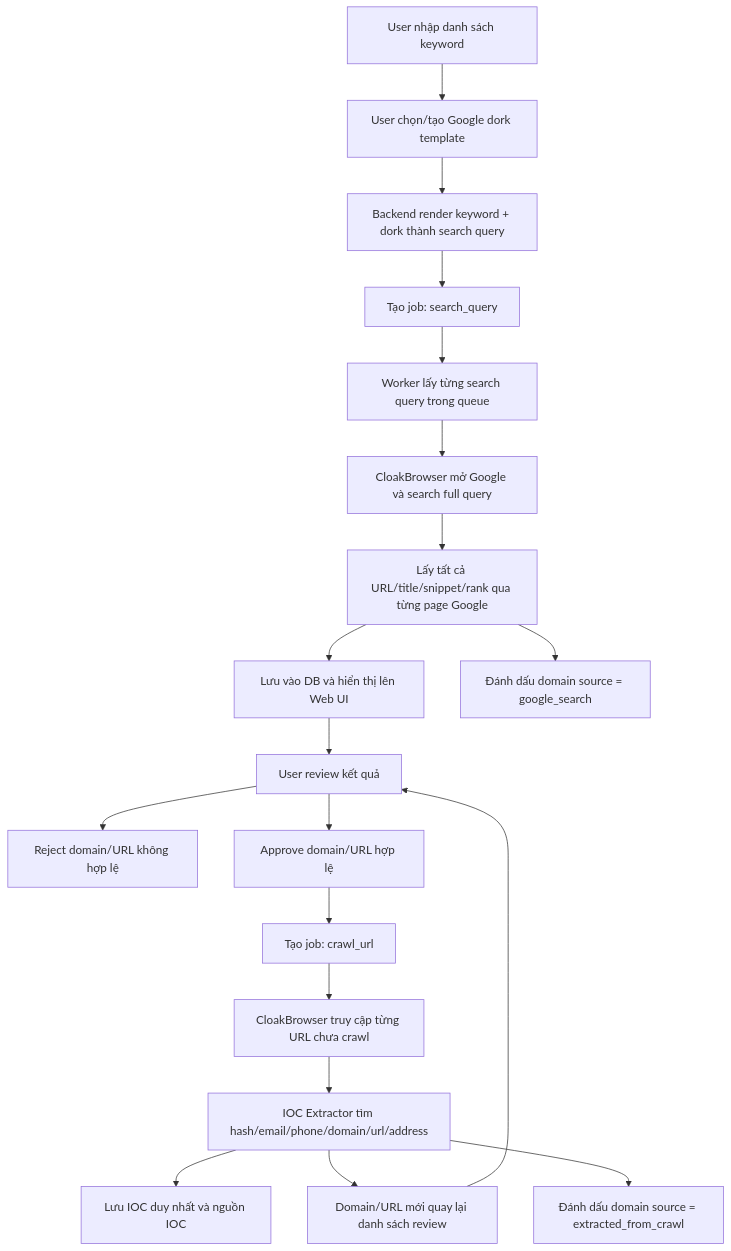
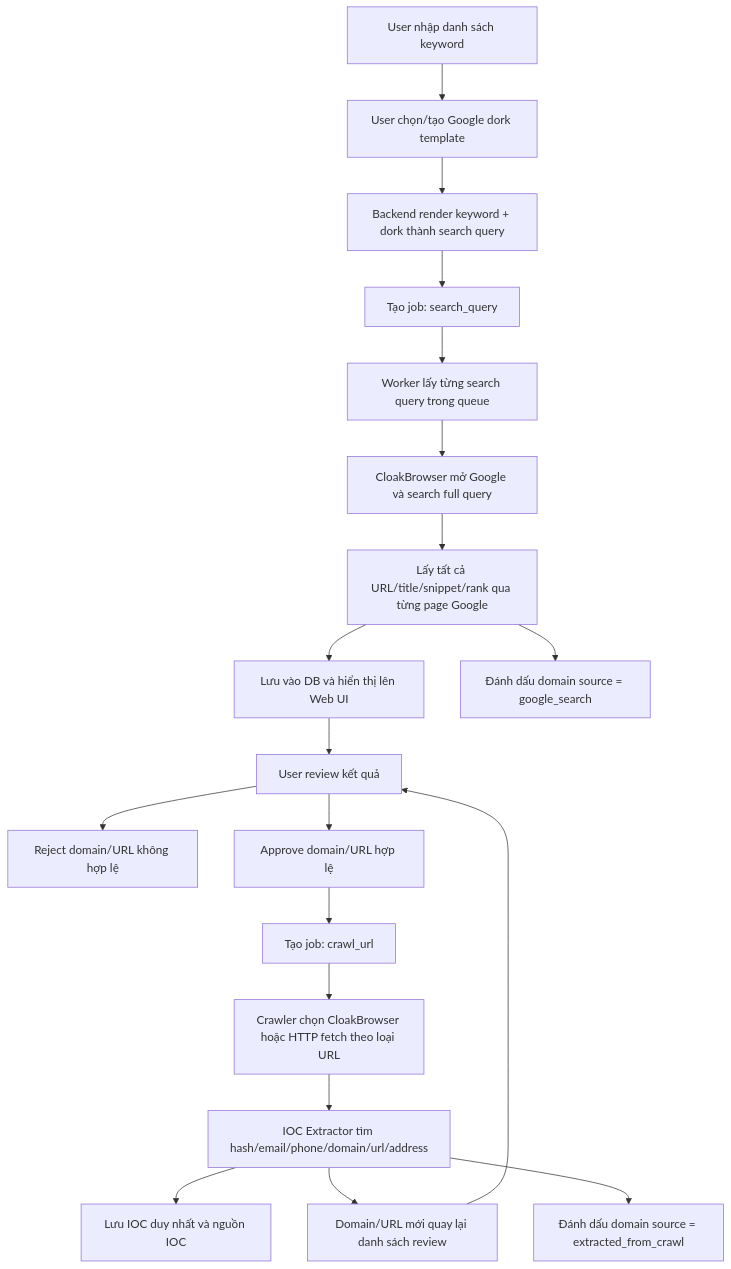
The diagram in README.md (giangnamG/crawl-ioc), drawn with Mermaid before and after one commit. The commit also changed other lines of this file and 7 other files, not shown here.

Commit message:
Add crawl fetch strategies

````diff
--- a/README.md
+++ b/README.md
@@ -133,21 +133,21 @@
 ```mermaid
 flowchart TD
   A["User nhập danh sách keyword"] --> A2["User chọn/tạo Google dork template"]
   A2 --> B["Backend render keyword + dork thành search query"]
   B --> C["Tạo job: search_query"]
   C --> D["Worker lấy từng search query trong queue"]
   D --> E["CloakBrowser mở Google và search full query"]
   E --> F["Lấy tất cả URL/title/snippet/rank qua từng page Google"]
   F --> G["Lưu vào DB và hiển thị lên Web UI"]
   F --> G2["Đánh dấu domain source = google_search"]
   G --> H["User review kết quả"]
   H --> I["Reject domain/URL không hợp lệ"]
   H --> J["Approve domain/URL hợp lệ"]
   J --> K["Tạo job: crawl_url"]
-  K --> L["CloakBrowser truy cập từng URL chưa crawl"]
+  K --> L["Crawler chọn CloakBrowser hoặc HTTP fetch theo loại URL"]
   L --> M["IOC Extractor tìm hash/email/phone/domain/url/address"]
   M --> N["Lưu IOC duy nhất và nguồn IOC"]
   M --> O["Domain/URL mới quay lại danh sách review"]
   M --> O2["Đánh dấu domain source = extracted_from_crawl"]
   O --> H
 ```
````
